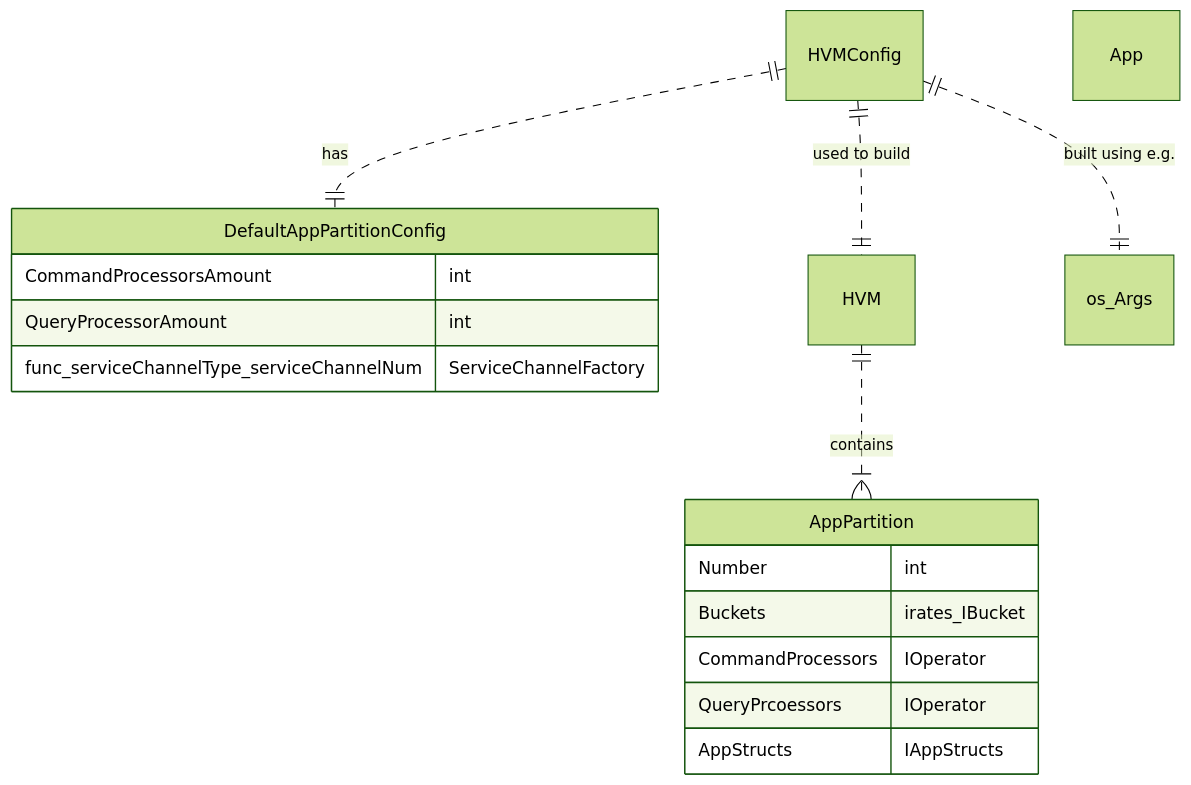
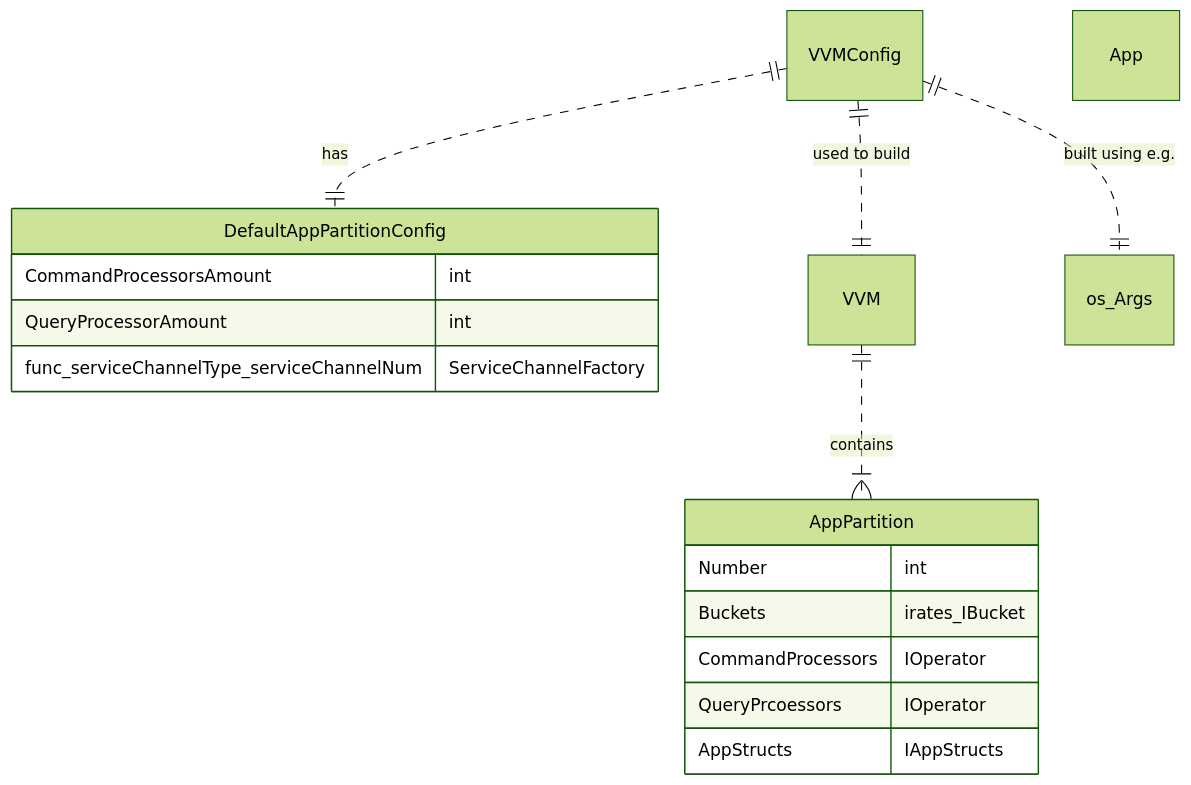
The second of 3 diagrams in design/hvm/README.md (voedger/voedger), drawn with Mermaid (forest theme) before and after one commit. The commit also changed other lines of this file and 11 other files, not shown here.

````diff
--- a/design/hvm/README.md
+++ b/design/hvm/README.md
@@ -51,26 +51,26 @@
 ```mermaid
 erDiagram
 
-	HVMConfig ||..|| DefaultAppPartitionConfig: has
-	HVMConfig ||..|| HVM: "used to build"
-	HVMConfig ||..|| os_Args: "built using e.g."
-	HVM ||..|{ AppPartition: contains
+	VVMConfig ||..|| DefaultAppPartitionConfig: has
+	VVMConfig ||..|| VVM: "used to build"
+	VVMConfig ||..|| os_Args: "built using e.g."
+	VVM ||..|{ AppPartition: contains
 
 	App{
 
 	}
 
 	DefaultAppPartitionConfig {
 		CommandProcessorsAmount int
 		QueryProcessorAmount int
 		func_serviceChannelType_serviceChannelNum ServiceChannelFactory
 	}
 
 	AppPartition {
 		Number int
 		Buckets irates_IBucket
 		CommandProcessors IOperator
 		QueryPrcoessors IOperator
 		AppStructs IAppStructs
 	}
 ```
````
